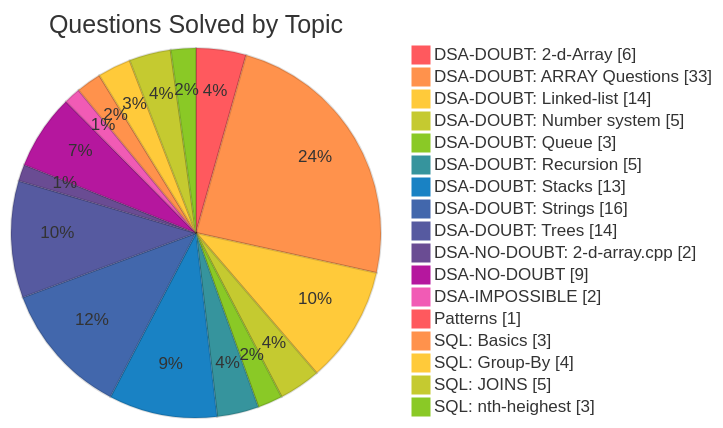
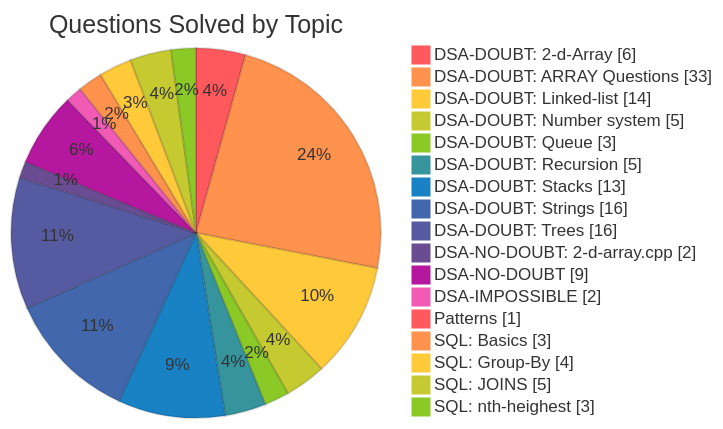
One commit to PixxySynchronous/LEETCODE changed the diagram in README.md. Above: the diagram before and after it, drawn with Mermaid. The commit also changed other lines of this file, not shown here.

````diff
--- a/README.md
+++ b/README.md
@@ -25,22 +25,22 @@
 ```mermaid
 %%{init: {'theme': 'base', 'themeVariables': {'pie1': '#ff595e', 'pie2': '#ff924c', 'pie3': '#ffca3a', 'pie4': '#c5ca30','pie5': '#8ac926', 'pie6': '#36949d', 'pie7': '#1982c4', 'pie8': '#4267ac','pie9': '#565aa0', 'pie10': '#6a4c93', 'pie11': '#b5179e', 'pie12': '#f15bb5','pieOpacity': '1', 'pieStrokeColor': '#00000022', 'pieOuterStrokeWidth': '0'}}}%%
 pie showData
     title Questions Solved by Topic
     "DSA-DOUBT: 2-d-Array" : 6
     "DSA-DOUBT: ARRAY Questions" : 33
     "DSA-DOUBT: Linked-list" : 14
     "DSA-DOUBT: Number system" : 5
     "DSA-DOUBT: Queue" : 3
     "DSA-DOUBT: Recursion" : 5
     "DSA-DOUBT: Stacks " : 13
     "DSA-DOUBT: Strings" : 16
-    "DSA-DOUBT: Trees" : 14
+    "DSA-DOUBT: Trees" : 16
     "DSA-NO-DOUBT: 2-d-array.cpp" : 2
     "DSA-NO-DOUBT" : 9
     "DSA-IMPOSSIBLE" : 2
     "Patterns" : 1
     "SQL: Basics" : 3
     "SQL: Group-By" : 4
     "SQL: JOINS" : 5
     "SQL: nth-heighest" : 3
 ```
````
